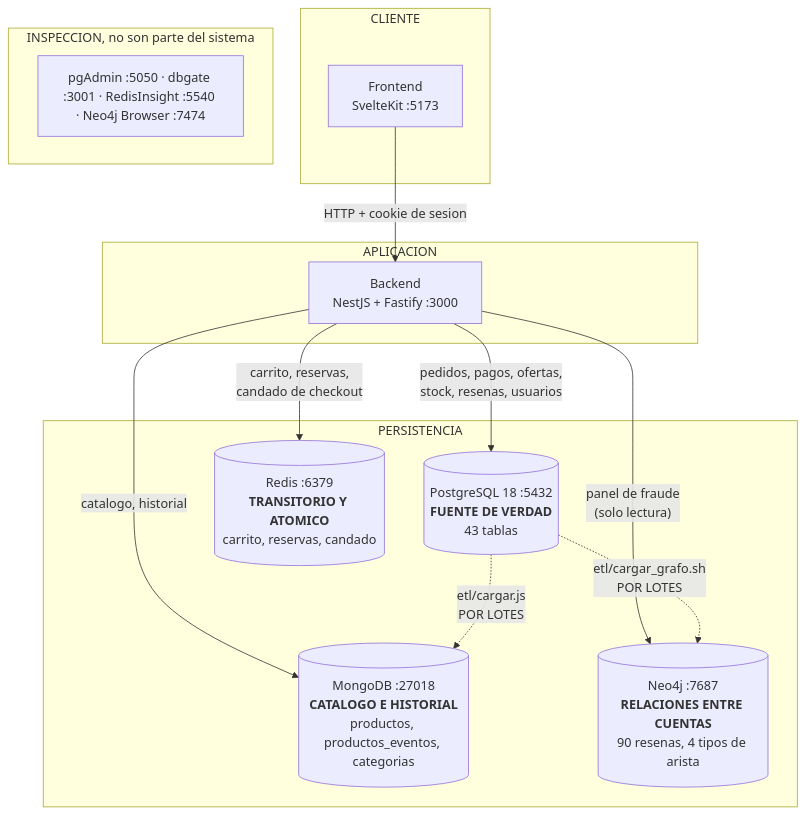
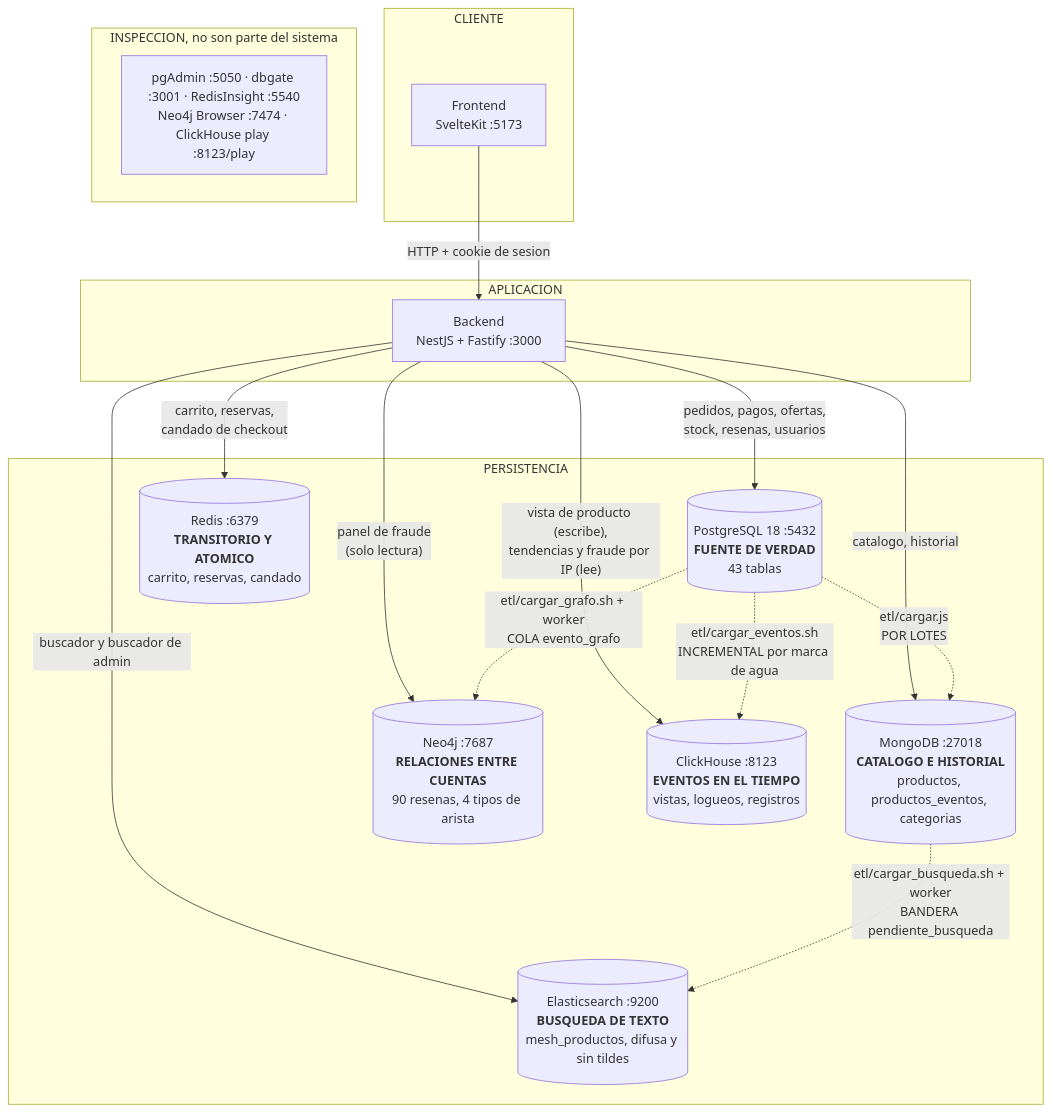
One commit to pinedahuella/Proyecto-Tienda-Base-Datos-2 changed the diagram in docs/ARQUITECTURA.md. Above: the diagram before and after it, drawn with Mermaid. The commit also changed other lines of this file and 3 other files, not shown here.

````diff
--- a/docs/ARQUITECTURA.md
+++ b/docs/ARQUITECTURA.md
@@ -16,31 +19,37 @@
 ```mermaid
 flowchart TB
     subgraph cliente[CLIENTE]
         FE["Frontend<br/>SvelteKit :5173"]
     end
 
     subgraph app[APLICACION]
         BE["Backend<br/>NestJS + Fastify :3000"]
     end
 
     FE -- "HTTP + cookie de sesion" --> BE
 
     subgraph persistencia[PERSISTENCIA]
         PG[("PostgreSQL 18 :5432<br/><b>FUENTE DE VERDAD</b><br/>43 tablas")]
         MG[("MongoDB :27018<br/><b>CATALOGO E HISTORIAL</b><br/>productos, productos_eventos, categorias")]
         RD[("Redis :6379<br/><b>TRANSITORIO Y ATOMICO</b><br/>carrito, reservas, candado")]
         N4[("Neo4j :7687<br/><b>RELACIONES ENTRE CUENTAS</b><br/>90 resenas, 4 tipos de arista")]
+        ES[("Elasticsearch :9200<br/><b>BUSQUEDA DE TEXTO</b><br/>mesh_productos, difusa y sin tildes")]
+        CH[("ClickHouse :8123<br/><b>EVENTOS EN EL TIEMPO</b><br/>vistas, logueos, registros")]
     end
 
     BE -- "pedidos, pagos, ofertas,<br/>stock, resenas, usuarios" --> PG
     BE -- "catalogo, historial" --> MG
     BE -- "carrito, reservas,<br/>candado de checkout" --> RD
     BE -- "panel de fraude<br/>(solo lectura)" --> N4
+    BE -- "buscador y buscador de admin" --> ES
+    BE -- "vista de producto (escribe),<br/>tendencias y fraude por IP (lee)" --> CH
 
     PG -. "etl/cargar.js<br/>POR LOTES" .-> MG
-    PG -. "etl/cargar_grafo.sh<br/>POR LOTES" .-> N4
+    PG -. "etl/cargar_grafo.sh + worker<br/>COLA evento_grafo" .-> N4
+    MG -. "etl/cargar_busqueda.sh + worker<br/>BANDERA pendiente_busqueda" .-> ES
+    PG -. "etl/cargar_eventos.sh<br/>INCREMENTAL por marca de agua" .-> CH
 
     subgraph herramientas[INSPECCION, no son parte del sistema]
-        H["pgAdmin :5050 · dbgate :3001 · RedisInsight :5540 · Neo4j Browser :7474"]
+        H["pgAdmin :5050 · dbgate :3001 · RedisInsight :5540<br/>Neo4j Browser :7474 · ClickHouse play :8123/play"]
     end
 ```
````
